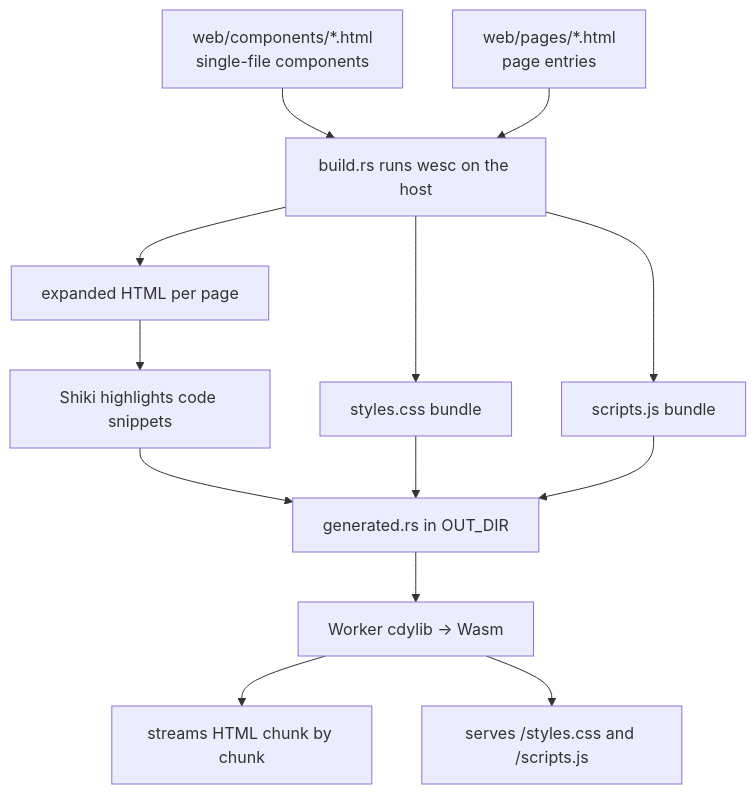
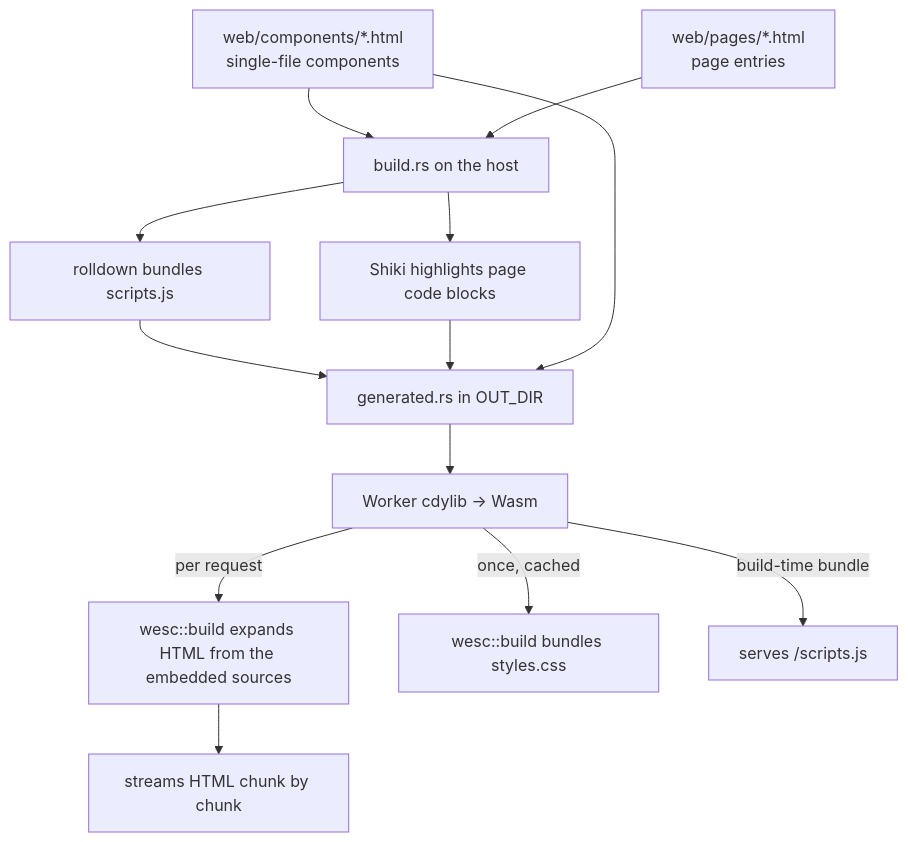
One commit to luwes/wesc changed the diagram in site/README.md. Above: the diagram before and after it, drawn with Mermaid. The commit also changed other lines of this file and 6 other files, not shown here.

First line of the commit message:
feat(site): render the docs site HTML at runtime in the Worker

````diff
--- a/site/README.md
+++ b/site/README.md
@@ -18,15 +22,15 @@
 ```mermaid
 flowchart TD
-    A[web/components/*.html<br/>single-file components] --> C
-    B[web/pages/*.html<br/>page entries] --> C
-    C[build.rs runs wesc on the host] --> D[expanded HTML per page]
-    D --> S[Shiki highlights code snippets]
-    C --> E[styles.css bundle]
-    C --> F[scripts.js bundle]
-    S --> G[generated.rs in OUT_DIR]
-    E --> G
-    F --> G
-    G --> H[Worker cdylib -> Wasm]
-    H --> I[streams HTML chunk by chunk]
-    H --> J[serves /styles.css and /scripts.js]
+    A[web/components/*.html<br/>single-file components] --> B
+    P[web/pages/*.html<br/>page entries] --> B
+    B[build.rs on the host] --> C[rolldown bundles scripts.js]
+    B --> D[Shiki highlights page code blocks]
+    C --> E[generated.rs in OUT_DIR]
+    D --> E
+    A --> E
+    E --> W[Worker cdylib -> Wasm]
+    W -->|per request| R[wesc::build expands HTML from the embedded sources]
+    W -->|once, cached| S[wesc::build bundles styles.css]
+    W -->|build-time bundle| J[serves /scripts.js]
+    R --> O[streams HTML chunk by chunk]
 ```
````
